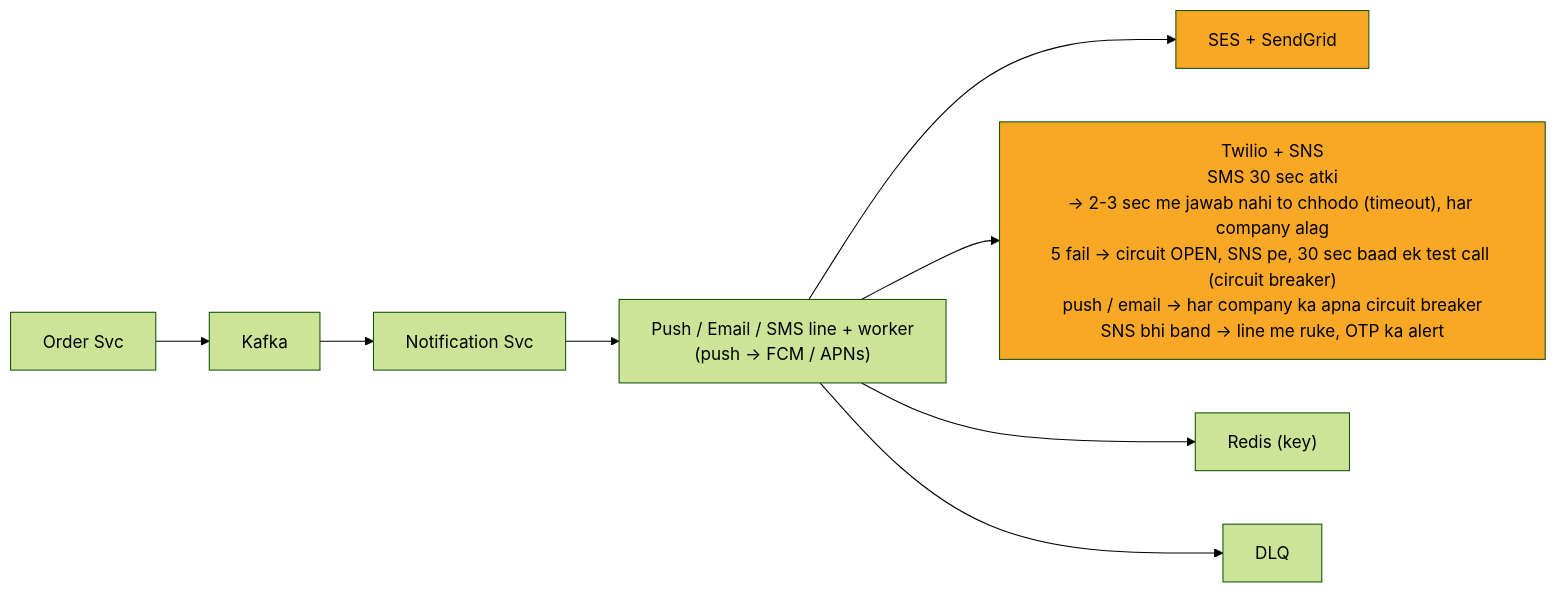
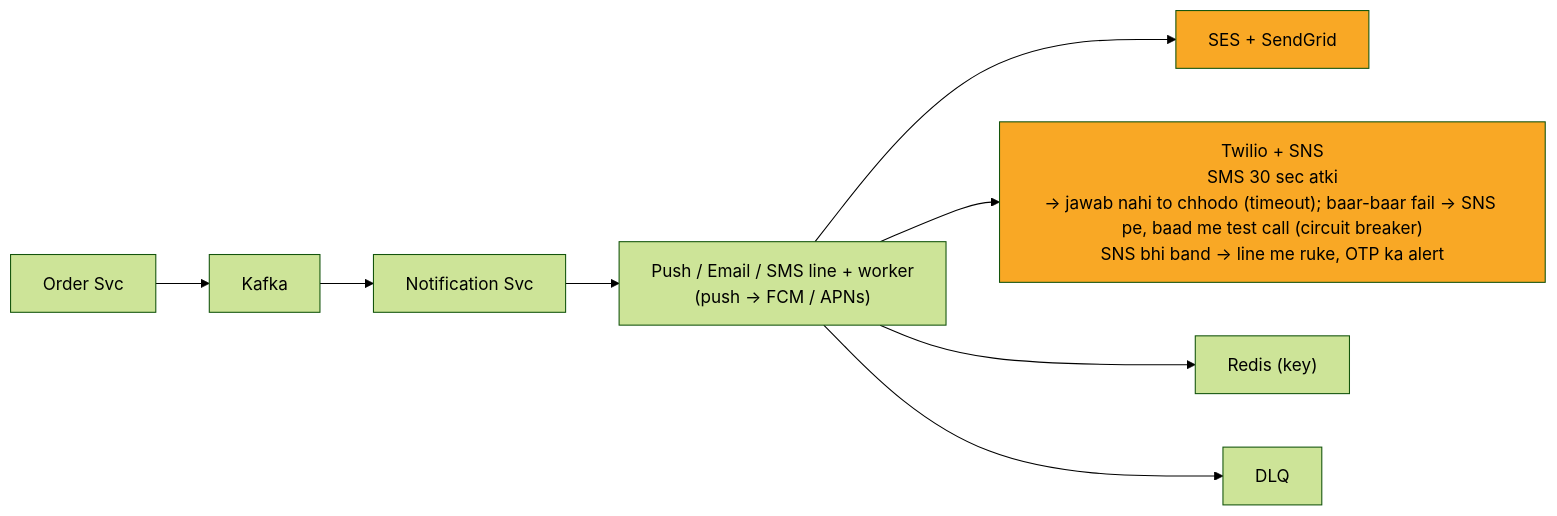
One commit to ArpanMaheshwari144/Prep changed the diagram in 04_HLD/SYSTEM_DESIGNS/04_notification_system/img/c6.mmd. Above: the diagram before and after it, drawn with Mermaid (forest theme). The commit also changed 47 other files, not shown here.

```diff
--- a/04_HLD/SYSTEM_DESIGNS/04_notification_system/img/c6.mmd
+++ b/04_HLD/SYSTEM_DESIGNS/04_notification_system/img/c6.mmd
@@ -1,19 +1,19 @@
 %%{init: {"flowchart": {"wrappingWidth": 450}}}%%
 flowchart LR
     n_Order_Svc["Order Svc"]
     n_Kafka["Kafka"]
     n_Notification_Svc["Notification Svc"]
     n_LINES["Push / Email / SMS line + worker<br/>(push -> FCM / APNs)"]
     n_SES["SES + SendGrid"]
-    n_Twilio["Twilio + SNS<br/>SMS 30 sec atki<br/>-> 2-3 sec me jawab nahi to chhodo (timeout), har company alag<br/>5 fail -> circuit OPEN, SNS pe, 30 sec baad ek test call (circuit breaker)<br/>push / email -> har company ka apna circuit breaker<br/>SNS bhi band -> line me ruke, OTP ka alert"]
+    n_Twilio["Twilio + SNS<br/>SMS 30 sec atki<br/>-> jawab nahi to chhodo (timeout); baar-baar fail -> SNS pe, baad me test call (circuit breaker)<br/>SNS bhi band -> line me ruke, OTP ka alert"]
     n_Redis["Redis (key)"]
     n_DLQ["DLQ"]
     n_Order_Svc --> n_Kafka
     n_Kafka --> n_Notification_Svc
     n_Notification_Svc --> n_LINES
     n_LINES --> n_SES
     n_LINES --> n_Twilio
     n_LINES --> n_Redis
     n_LINES --> n_DLQ
     style n_SES fill:#f9a825,color:#000
     style n_Twilio fill:#f9a825,color:#000
```
